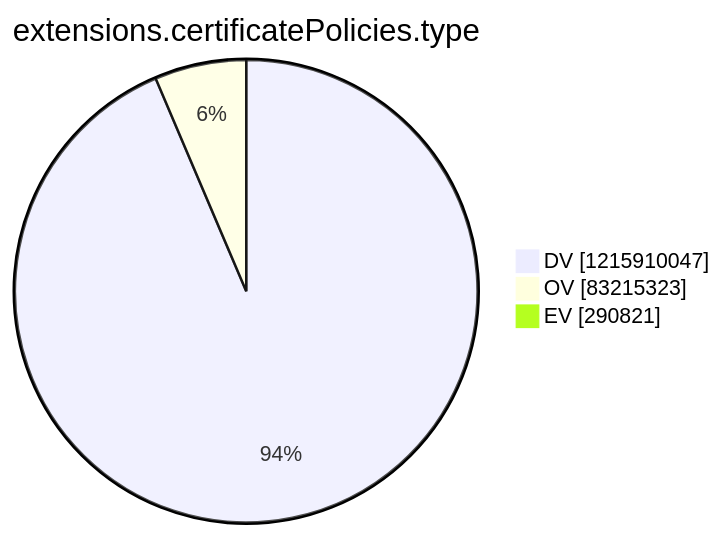
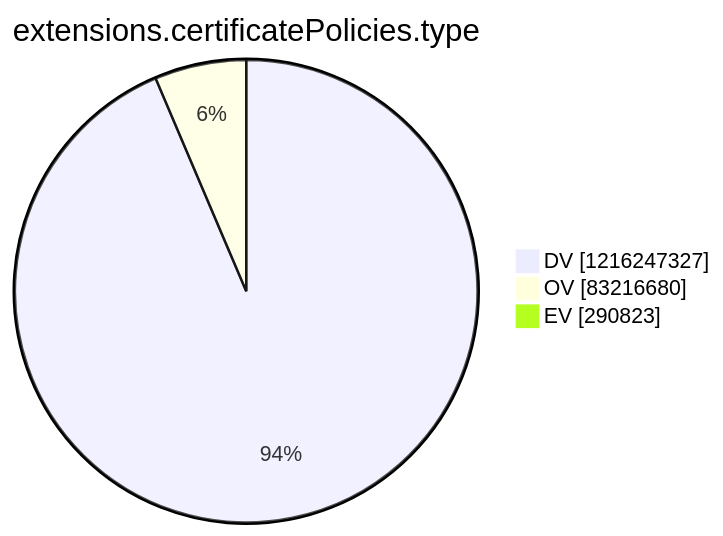
The tenth of 15 diagrams in argon2022/README.md (christiankrug/ctmonitor_visualization), drawn with Mermaid before and after one commit. The commit also changed other lines of this file, not shown here.

````diff
--- a/argon2022/README.md
+++ b/argon2022/README.md
@@ -2768,7 +2769,7 @@
 ```mermaid
 pie showData
 title extensions.certificatePolicies.type
-"DV" :1215910047
-"OV" :83215323
-"EV" :290821
+"DV" :1216247327
+"OV" :83216680
+"EV" :290823
 ```
````
